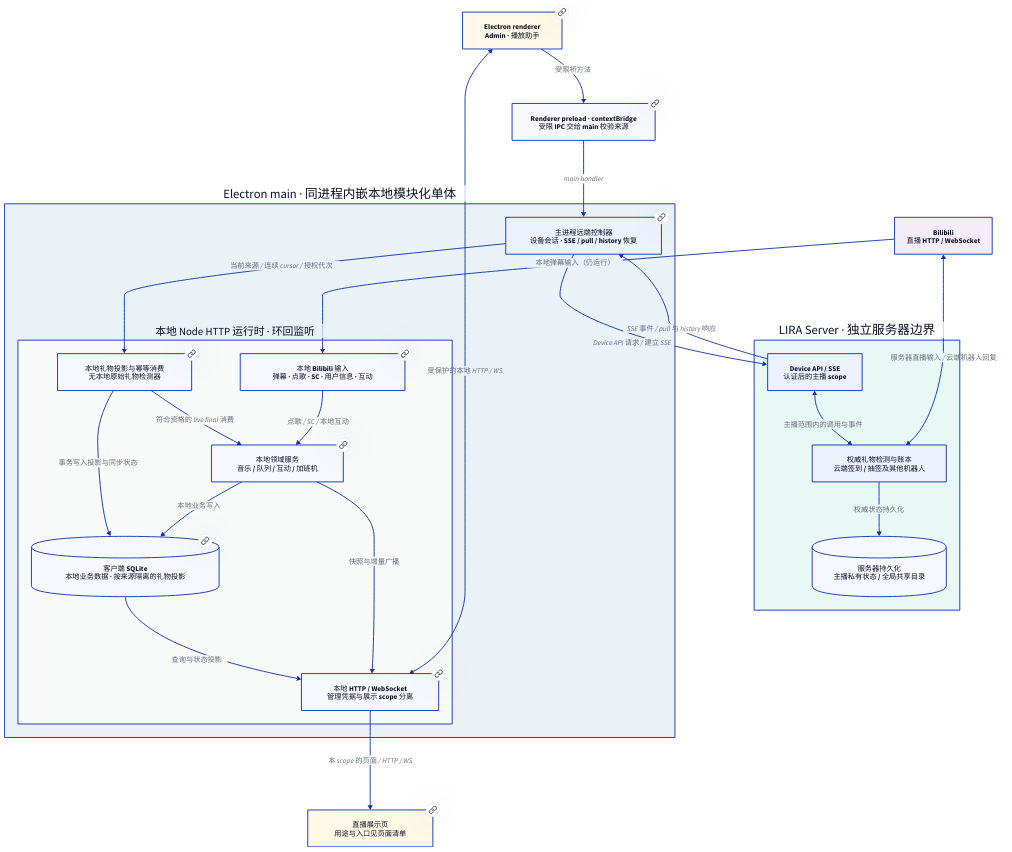
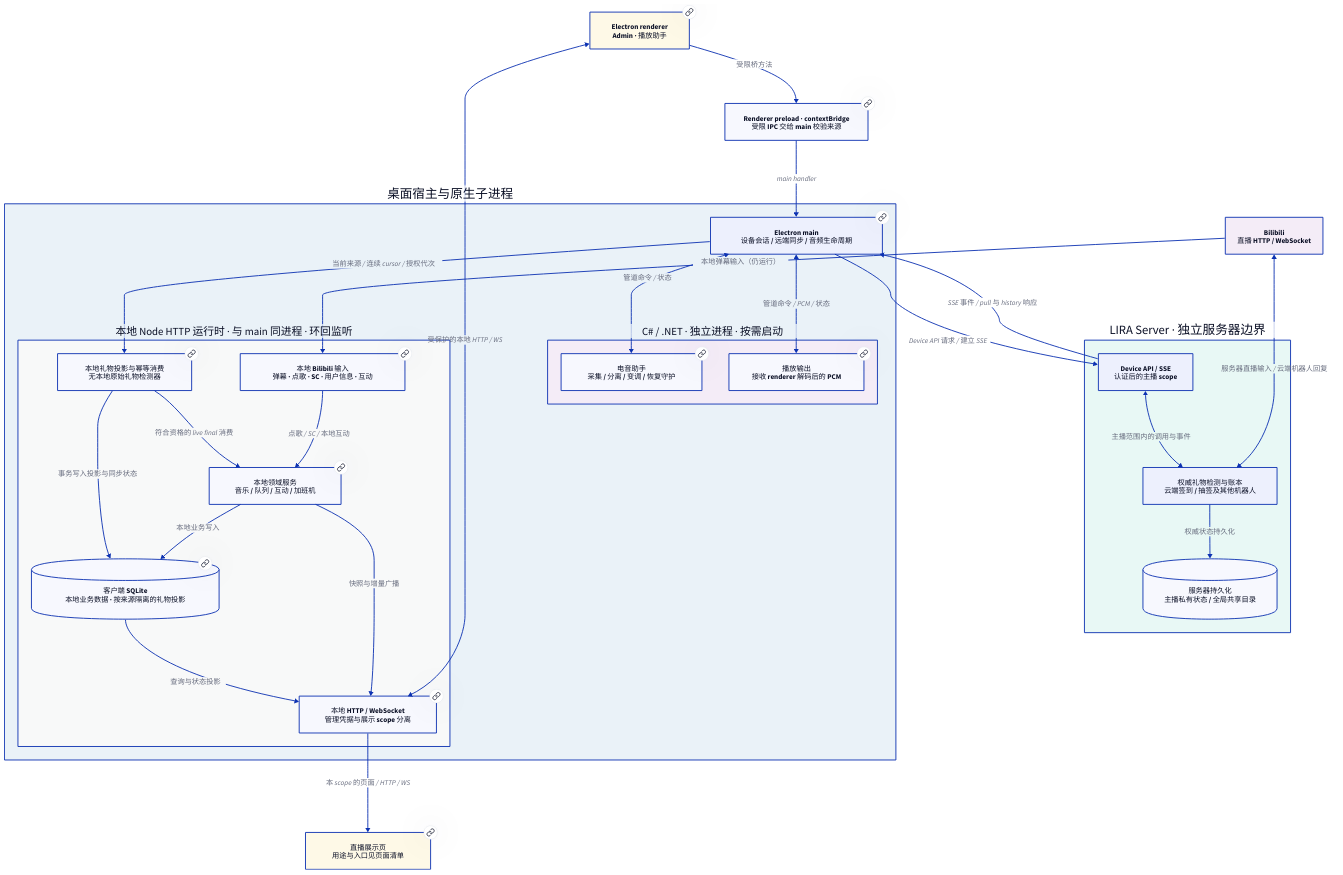
The diagram in docs/architecture/diagrams/components.d2 (AuroraWhisperer/LIRA), drawn with D2 before and after one commit. The commit also changed 88 other files, not shown here.

```diff
--- a/docs/architecture/diagrams/components.d2
+++ b/docs/architecture/diagrams/components.d2
@@ -1,54 +1,62 @@
 # LIRA · 组件、进程与跨端连接
 # 渲染: d2 --pad 24 components.d2 components.svg
 # PNG: 用已有 Playwright Chromium 加载生成的 SVG，viewport 取根 viewBox 宽高，白底截图。
 # D2 0.7.1 内置 PNG 驱动下载已失效；SVG 不依赖该驱动。
 # 精确注册表通过节点链接访问；图中不重复维护端点、通道、字段或表数量。
 direction: down
 
 renderer: {
   label: "Electron renderer\nAdmin · 播放助手"
   link: ../../reference/frontend/pages.md
   style.fill: "#fef9e7"
 }
 bridge: {label: "Renderer preload · contextBridge\n受限 IPC 交给 main 校验来源"; link: ../../reference/desktop/preload.md}
 desktop: {
-  label: "Electron main · 同进程内嵌本地模块化单体"
+  label: "桌面宿主与原生子进程"
   style.fill: "#eaf2f8"
-  main: {label: "主进程远端控制器\n设备会话 · SSE / pull / history 恢复"; link: ../../reference/desktop/main.md}
+  main: {label: "Electron main\n设备会话 / 远端同步 / 音频生命周期"; link: ../../reference/desktop/main.md}
   backend: {
-    label: "本地 Node HTTP 运行时 · 环回监听"
+    label: "本地 Node HTTP 运行时 · 与 main 同进程 · 环回监听"
     style.fill: "#f8f9f9"
     transport: {label: "本地 HTTP / WebSocket\n管理凭据与展示 scope 分离"; link: ../../reference/backend/server-core.md}
     bili: {label: "本地 Bilibili 输入\n弹幕 · 点歌 · SC · 用户信息 · 互动"; link: ../../reference/backend/bilibili/danmaku.md}
     local: {label: "本地领域服务\n音乐 / 队列 / 互动 / 加班机"; link: ../../reference/backend/music/services.md}
     projection: {label: "本地礼物投影与幂等消费\n无本地原始礼物检测器"; link: ../../reference/backend/bilibili/gift.md}
     store: {label: "客户端 SQLite\n本地业务数据 · 按来源隔离的礼物投影"; shape: cylinder; link: ../../reference/backend/storage.md}
+  }
+  native: {
+    label: "C# / .NET · 独立进程 · 按需启动"
+    style.fill: "#f4ecf7"
+    assistant: {label: "电音助手\n采集 / 分离 / 变调 / 恢复守护"; link: ../../reference/desktop/main.md}
+    playback: {label: "播放输出\n接收 renderer 解码后的 PCM"; link: ../../reference/frontend/playback.md}
   }
 }
 server: {
   label: "LIRA Server · 独立服务器边界"
   style.fill: "#e8f8f5"
   device: {label: "Device API / SSE\n认证后的主播 scope"}
   domains: {label: "权威礼物检测与账本\n云端签到 / 抽签及其他机器人"}
   store: {label: "服务器持久化\n主播私有状态 / 全局共享目录"; shape: cylinder}
 }
 obs: {label: "直播展示页\n用途与入口见页面清单"; link: ../../reference/frontend/pages.md; style.fill: "#fef9e7"}
 bilibili: {label: "Bilibili\n直播 HTTP / WebSocket"; style.fill: "#f4ecf7"}
 
 renderer -> bridge: "受限桥方法"
 bridge -> desktop.main: "main handler"
+desktop.main <-> desktop.native.assistant: "管道命令 / 状态"
+desktop.main <-> desktop.native.playback: "管道命令 / PCM / 状态"
 desktop.main -> server.device: "Device API 请求 / 建立 SSE"
 server.device -> desktop.main: "SSE 事件 / pull 与 history 响应"
 server.device <-> server.domains: "主播范围内的调用与事件"
 server.domains -> server.store: "权威状态持久化"
 desktop.main -> desktop.backend.projection: "当前来源 / 连续 cursor / 授权代次"
 desktop.backend.projection -> desktop.backend.store: "事务写入投影与同步状态"
 desktop.backend.projection -> desktop.backend.local: "符合资格的 live final 消费"
 desktop.backend.store -> desktop.backend.transport: "查询与状态投影"
 desktop.backend.local -> desktop.backend.transport: "快照与增量广播"
 renderer <-> desktop.backend.transport: "受保护的本地 HTTP / WS"
 desktop.backend.transport -> obs: "本 scope 的页面 / HTTP / WS"
 bilibili -> desktop.backend.bili: "本地弹幕输入（仍运行）"
 desktop.backend.bili -> desktop.backend.local: "点歌 / SC / 本地互动"
 desktop.backend.local -> desktop.backend.store: "本地业务写入"
 bilibili <-> server.domains: "服务器直播输入 / 云端机器人回复"
```
